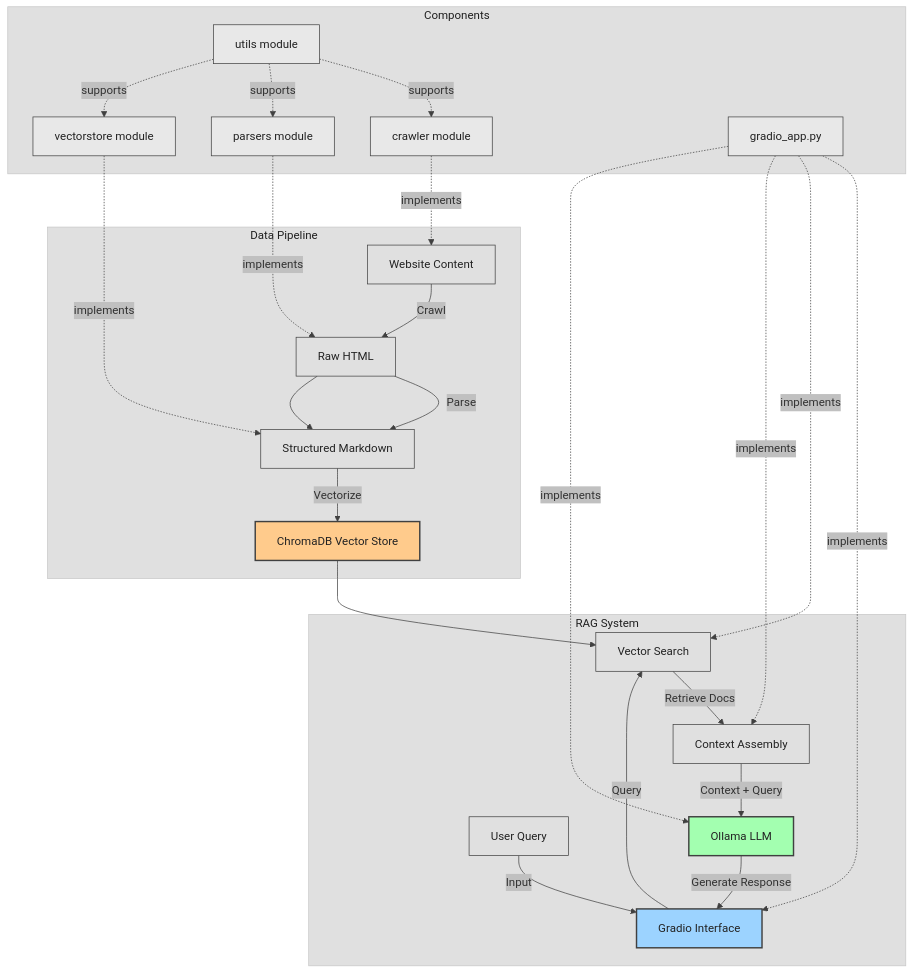
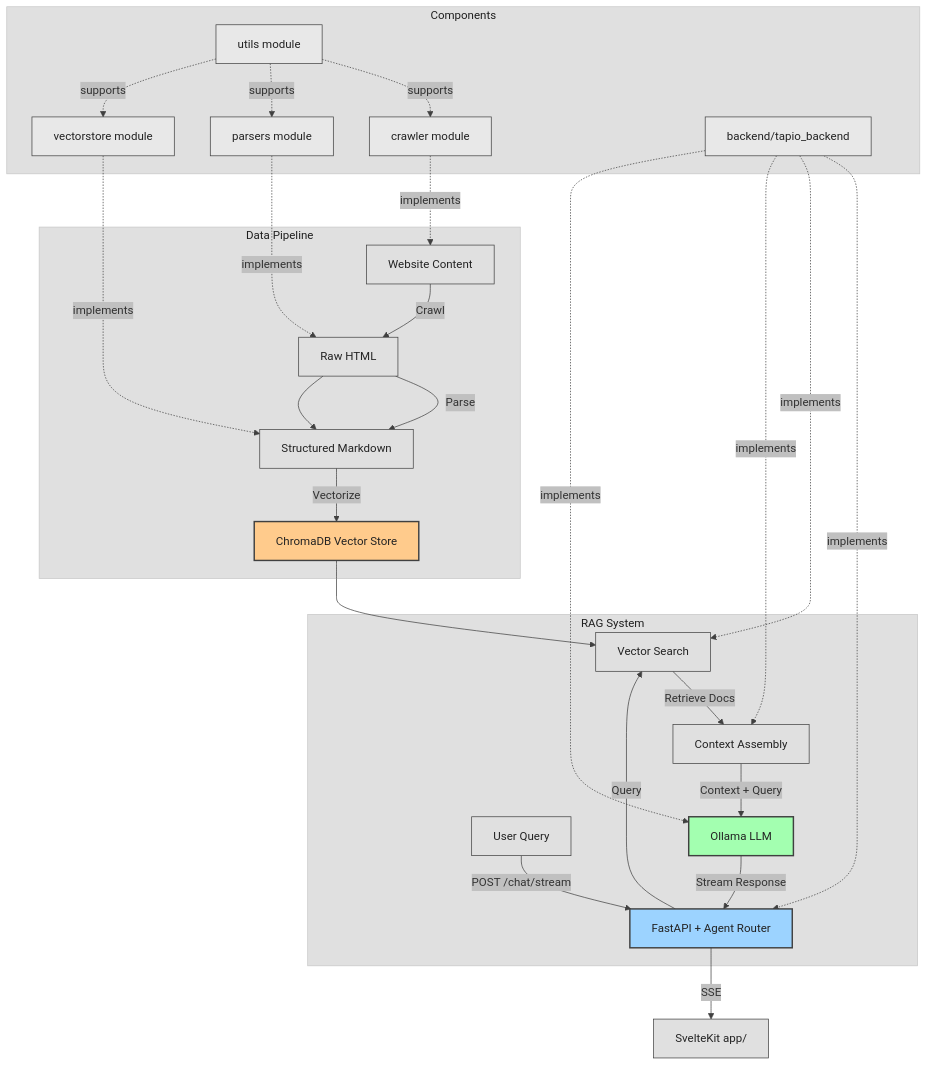
The diagram in CONTRIBUTING.md (Finntegrate/tapio), drawn with Mermaid before and after one commit. The commit also changed other lines of this file and 83 other files, not shown here.

````diff
--- a/CONTRIBUTING.md
+++ b/CONTRIBUTING.md
@@ -47,38 +47,39 @@
 ```mermaid
 %%{init: {'theme': 'base', 'themeVariables': { 'primaryColor': '#f0f0f0', 'primaryTextColor': '#323232', 'primaryBorderColor': '#606060', 'lineColor': '#404040', 'secondaryColor': '#c0c0c0', 'tertiaryColor': '#e0e0e0' }}}%%
 graph TD
     subgraph Data Pipeline
         A[Website Content] -->|Crawl| B[Raw HTML]
         B -->|Parse| C[Structured Markdown]
         C -->|Vectorize| D[ChromaDB Vector Store]
     end
 
     subgraph RAG System
-        E[User Query] -->|Input| F[Gradio Interface]
+        E[User Query] -->|POST /chat/stream| F[FastAPI + Agent Router]
         F -->|Query| G[Vector Search]
         G -->|Retrieve Docs| H[Context Assembly]
         H -->|Context + Query| I[Ollama LLM]
-        I -->|Generate Response| F
+        I -->|Stream Response| F
     end
 
     D --> G
+    F -->|SSE| Svelte[SvelteKit app/]
 
     subgraph Components
         J[crawler module] -.->|implements| A
         K[parsers module] -.->|implements| B --> C
         L[vectorstore module] -.->|implements| C
         M[utils module] -.->|supports| J & K & L
-        N[gradio_app.py] -.->|implements| F & G & H & I
+        N[backend/tapio_backend] -.->|implements| F & G & H & I
     end
 
     classDef neutral fill:#e0e0e0,stroke:#404040,stroke-width:1px,color:#232323
     classDef component fill:#e8e8e8,stroke:#404040,stroke-width:1px,color:#232323
     classDef vectorstore fill:#ffcb8c,stroke:#404040,stroke-width:2px,color:#232323
-    classDef gradio fill:#9cd3ff,stroke:#404040,stroke-width:2px,color:#232323
+    classDef api fill:#9cd3ff,stroke:#404040,stroke-width:2px,color:#232323
     classDef ollama fill:#a3ffb0,stroke:#404040,stroke-width:2px,color:#232323
-    class A,B,C,E,G,H neutral
+    class A,B,C,E,G,H,Svelte neutral
     class J,K,L,M,N component
     class D vectorstore
-    class F gradio
+    class F api
     class I ollama
 ```
````
